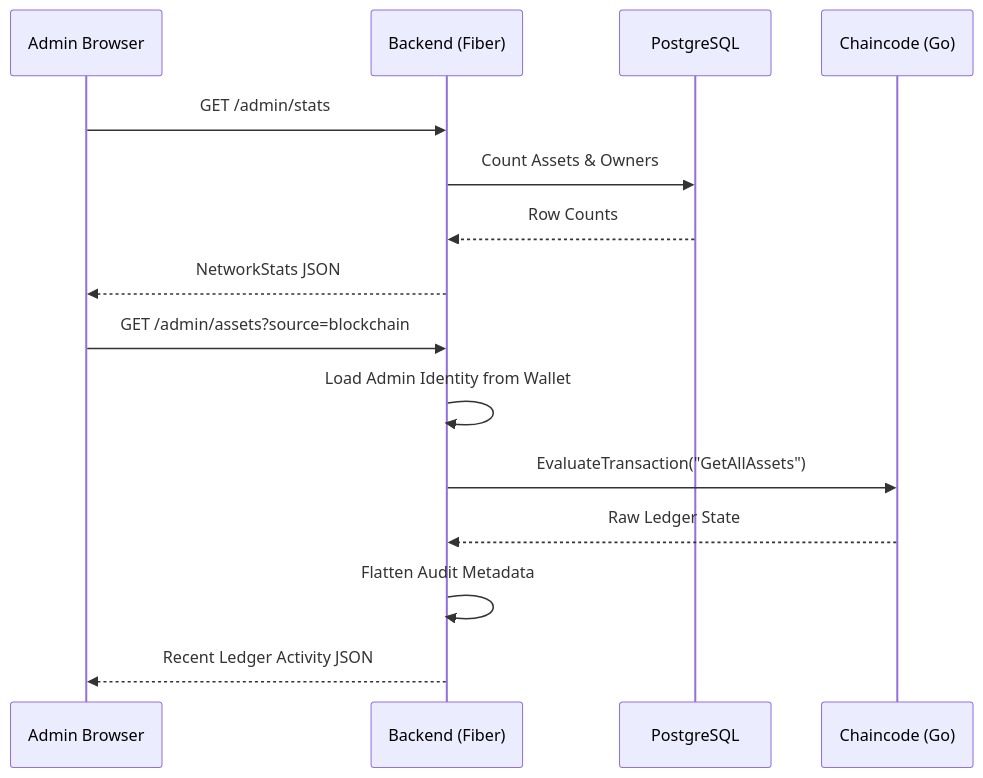
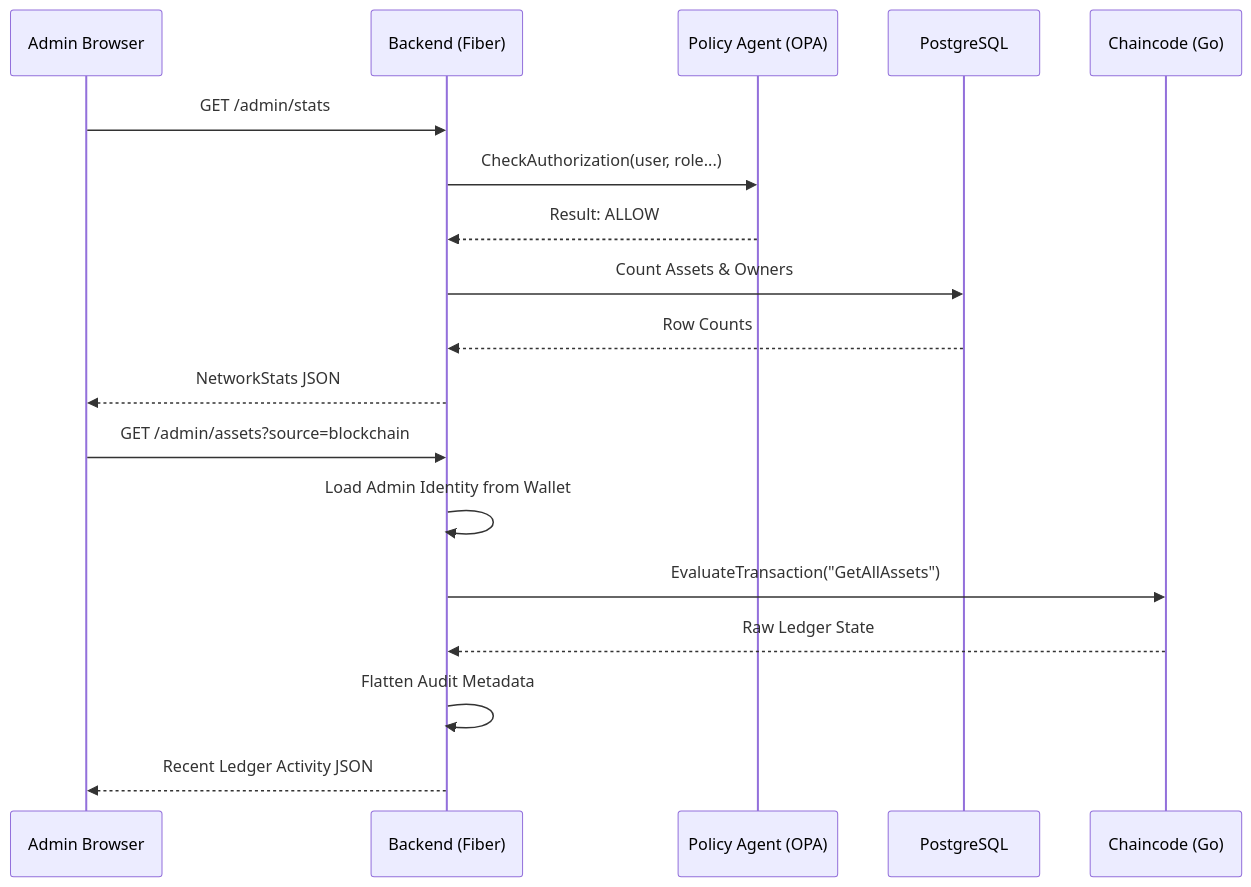
One commit to kelotduongvidainhat/hyperledger-fabric-skeleton changed the first of 4 diagrams in docs/FLOW.md. Above: the diagram before and after it, drawn with Mermaid. The commit also changed other lines of this file and 3 other files, not shown here.

Commit message:
docs: update architecture and flow documentation to reflect OPA integration

````diff
--- a/docs/FLOW.md
+++ b/docs/FLOW.md
@@ -8,19 +8,22 @@
 ```mermaid
 sequenceDiagram
     participant Admin as Admin Browser
     participant API as Backend (Fiber)
+    participant OPA as Policy Agent (OPA)
     participant DB as PostgreSQL
     participant Fabric as Chaincode (Go)
 
     Admin->>API: GET /admin/stats
+    API->>OPA: CheckAuthorization(user, role...)
+    OPA-->>API: Result: ALLOW
     API->>DB: Count Assets & Owners
     DB-->>API: Row Counts
     API-->>Admin: NetworkStats JSON
 
     Admin->>API: GET /admin/assets?source=blockchain
     API->>API: Load Admin Identity from Wallet
     API->>Fabric: EvaluateTransaction("GetAllAssets")
     Fabric-->>API: Raw Ledger State
     API->>API: Flatten Audit Metadata
     API-->>Admin: Recent Ledger Activity JSON
 ```
````
